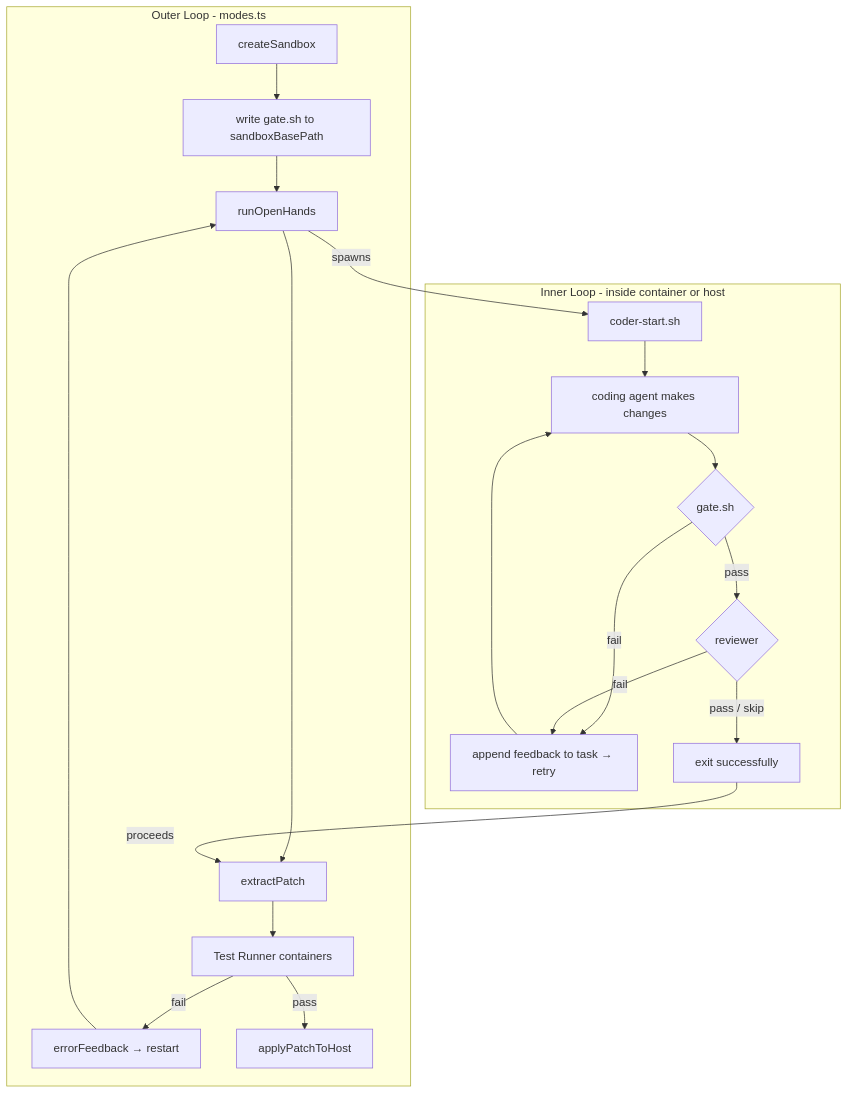
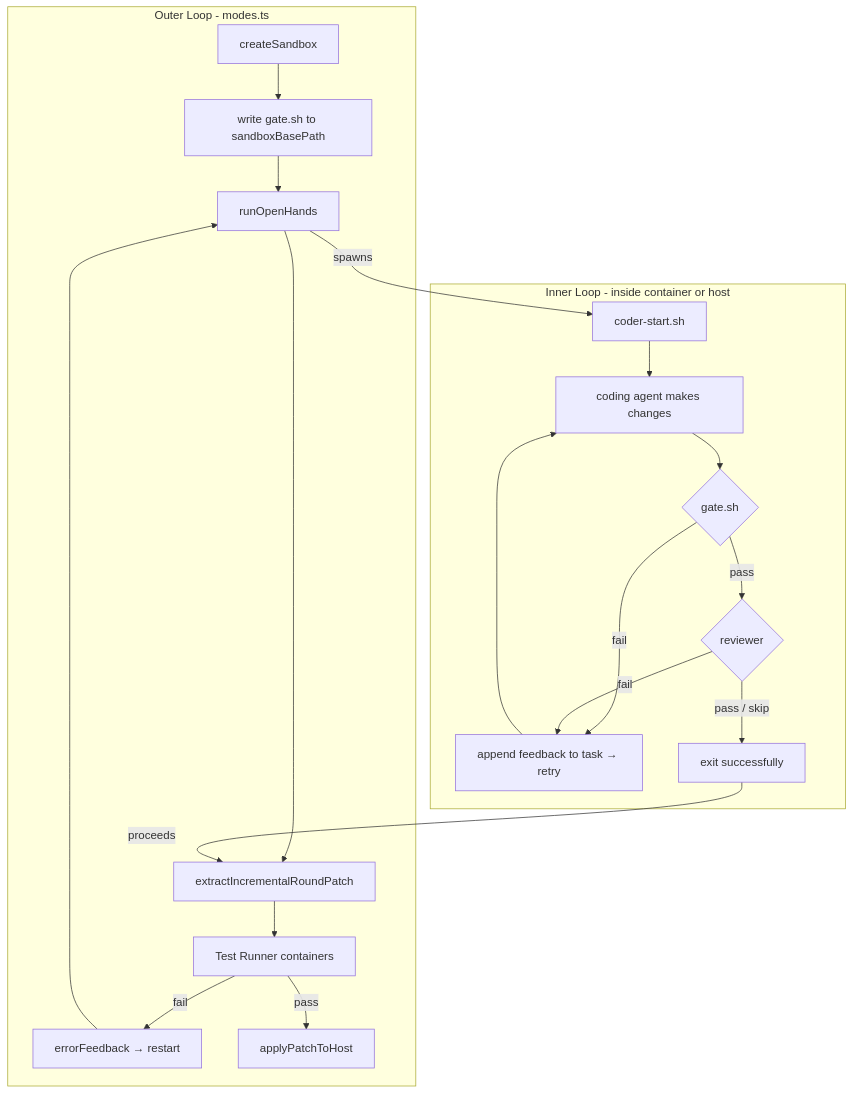
One commit to JuroOravec/saifctl changed the diagram in docs/development/v0/swf-inner-loop.md. Above: the diagram before and after it, drawn with Mermaid. The commit also changed 53 other files, not shown here.

````diff
--- a/docs/development/v0/swf-inner-loop.md
+++ b/docs/development/v0/swf-inner-loop.md
@@ -11,25 +11,25 @@
 ```mermaid
 flowchart TD
     subgraph outer [Outer Loop - modes.ts]
         A[createSandbox] --> B[write gate.sh to sandboxBasePath]
         B --> C[runOpenHands]
-        C --> D[extractPatch]
+        C --> D[extractIncrementalRoundPatch]
         D --> E[Test Runner containers]
         E -->|fail| F[errorFeedback → restart]
         F --> C
         E -->|pass| G[applyPatchToHost]
     end
 
     subgraph inner [Inner Loop - inside container or host]
         H[coder-start.sh] --> I[coding agent makes changes]
         I --> J{gate.sh}
         J -->|fail| L["append feedback to task → retry"]
         J -->|pass| N{reviewer}
         L --> I
         N -->|pass / skip| K[exit successfully]
         N -->|fail| L
     end
 
     C -->|spawns| H
     K -->|proceeds| D
 ```
````
